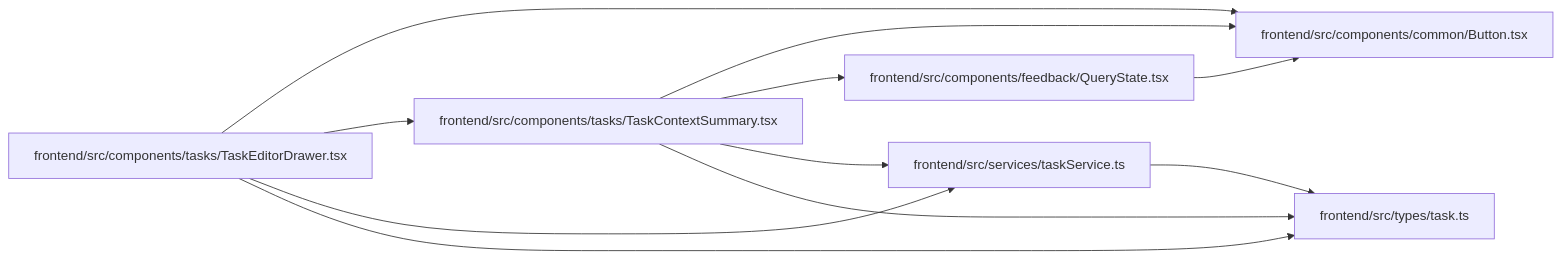
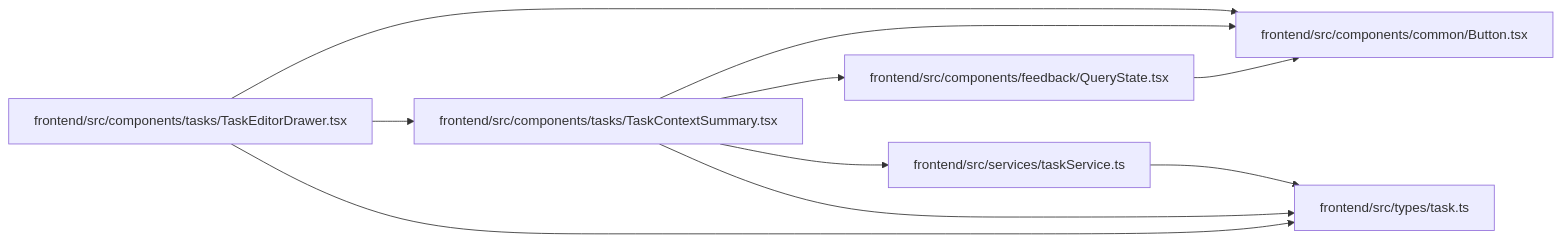
One commit to Denissvgn/WorkChord changed the diagram in docs/llm_wiki/modules/TaskContextSummary.md. Above: the diagram before and after it, drawn with Mermaid. The commit also changed 10148 other files, not shown here.

````diff
--- a/docs/llm_wiki/modules/TaskContextSummary.md
+++ b/docs/llm_wiki/modules/TaskContextSummary.md
@@ -33,25 +33,24 @@
 ```mermaid
 flowchart LR
     n0["frontend/src/components/common/Button.tsx"]
     n1["frontend/src/components/feedback/QueryState.tsx"]
     n2["frontend/src/components/tasks/TaskContextSummary.tsx"]
     n3["frontend/src/components/tasks/TaskEditorDrawer.tsx"]
     n4["frontend/src/services/taskService.ts"]
     n5["frontend/src/types/task.ts"]
     n1 --> n0
     n2 --> n0
     n2 --> n1
     n2 --> n4
     n2 --> n5
     n3 --> n0
     n3 --> n2
-    n3 --> n4
     n3 --> n5
     n4 --> n5
     click n0 "../modules/Button.md"
     click n1 "../modules/QueryState.md"
     click n2 "../modules/TaskContextSummary.md"
     click n3 "../modules/TaskEditorDrawer.md"
     click n4 "../modules/taskService.md"
     click n5 "../modules/types_task.md"
 ```
````
